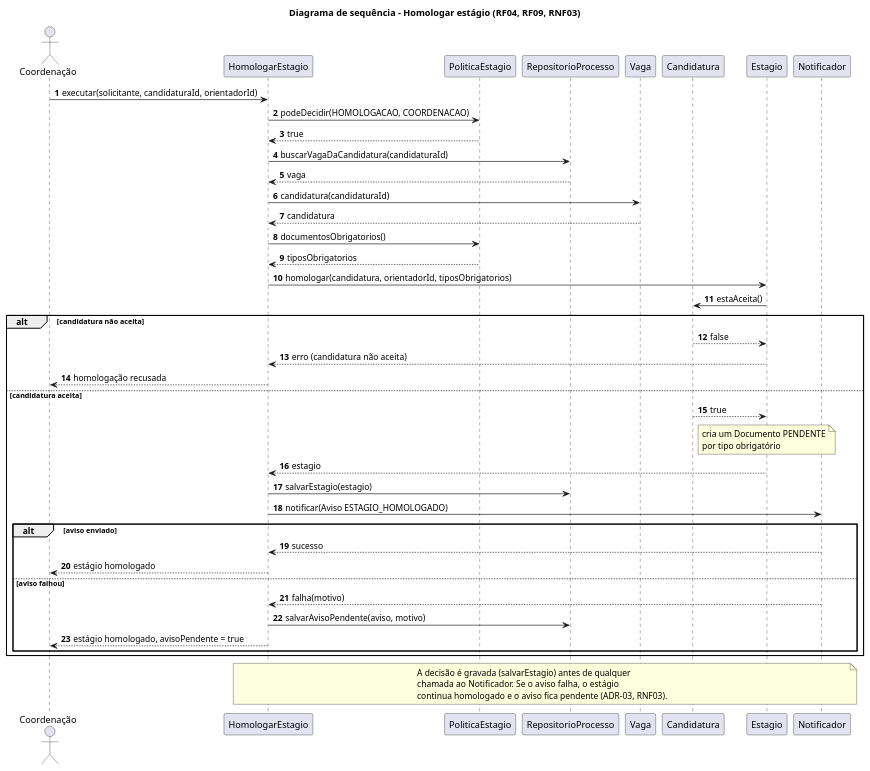
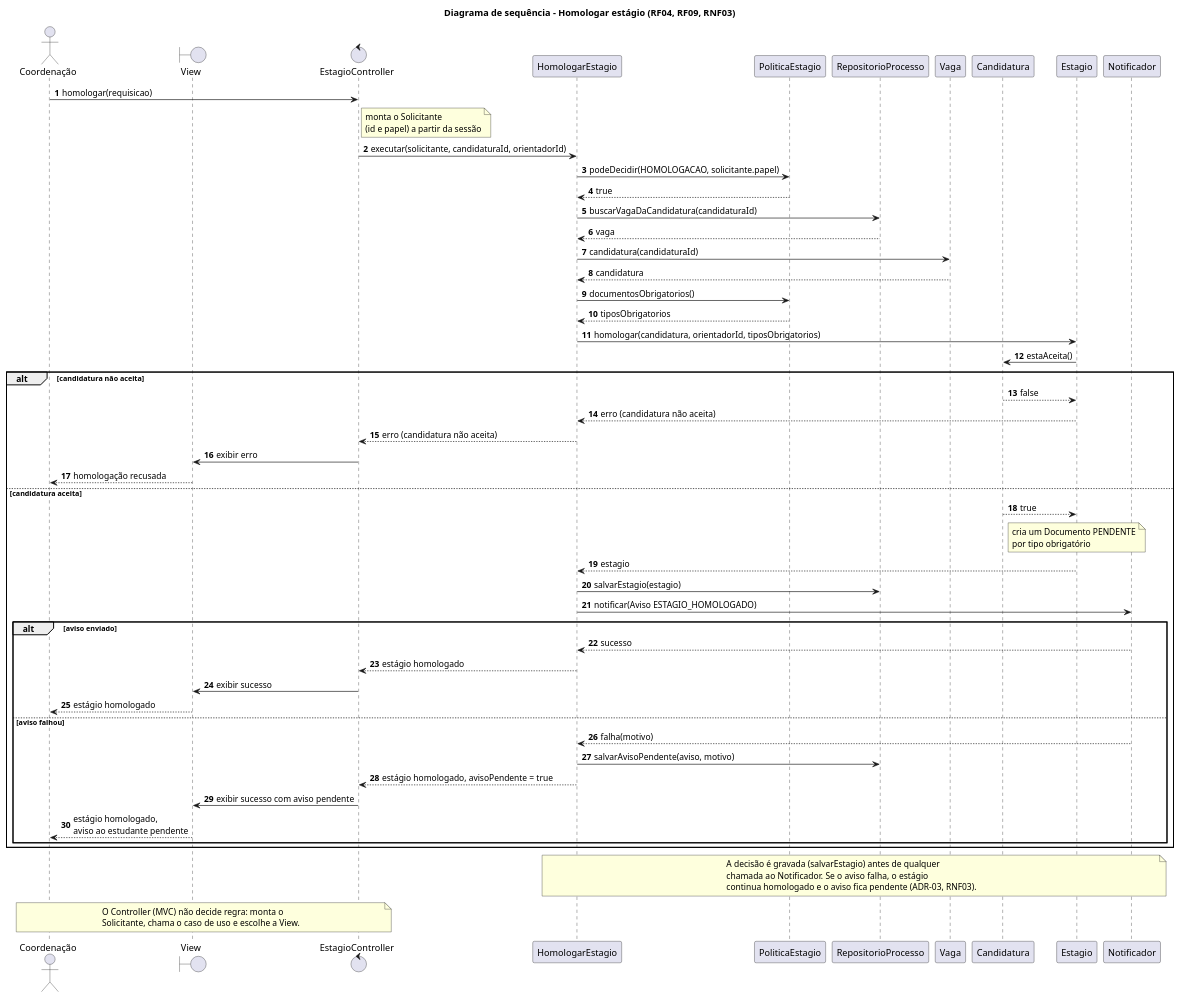
The diagram in docs/diagramas/sequencia.puml (sofiawl/SoftwareDesign), drawn with PlantUML before and after one commit. The commit also changed 2 other files, not shown here.

Commit message:
docs(uml): diagrama de sequência entra pelo Controller e sai pela View
- EstagioController monta o Solicitante e chama HomologarEstagio
- erro, sucesso e aviso pendente voltam ao ator pela View
- podeDecidir recebe solicitante.papel em vez de papel fixo
- adiciona sequencia.png renderizado

```diff
--- a/docs/diagramas/sequencia.puml
+++ b/docs/diagramas/sequencia.puml
@@ -1,51 +1,66 @@
 @startuml sequencia
 title Diagrama de sequência - Homologar estágio (RF04, RF09, RNF03)
 autonumber
 
 actor "Coordenação" as Coord
+boundary "View" as View
+control "EstagioController" as Ctrl
 participant "HomologarEstagio" as UC
 participant "PoliticaEstagio" as Pol
 participant "RepositorioProcesso" as Repo
 participant "Vaga" as Vaga
 participant "Candidatura" as Cand
 participant "Estagio" as Est
 participant "Notificador" as Not
 
-Coord -> UC : executar(solicitante, candidaturaId, orientadorId)
-UC -> Pol : podeDecidir(HOMOLOGACAO, COORDENACAO)
+Coord -> Ctrl : homologar(requisicao)
+note right of Ctrl : monta o Solicitante\n(id e papel) a partir da sessão
+Ctrl -> UC : executar(solicitante, candidaturaId, orientadorId)
+UC -> Pol : podeDecidir(HOMOLOGACAO, solicitante.papel)
 Pol --> UC : true
 UC -> Repo : buscarVagaDaCandidatura(candidaturaId)
 Repo --> UC : vaga
 UC -> Vaga : candidatura(candidaturaId)
 Vaga --> UC : candidatura
 UC -> Pol : documentosObrigatorios()
 Pol --> UC : tiposObrigatorios
 UC -> Est : homologar(candidatura, orientadorId, tiposObrigatorios)
 Est -> Cand : estaAceita()
 
 alt candidatura não aceita
   Cand --> Est : false
   Est --> UC : erro (candidatura não aceita)
-  UC --> Coord : homologação recusada
+  UC --> Ctrl : erro (candidatura não aceita)
+  Ctrl -> View : exibir erro
+  View --> Coord : homologação recusada
 else candidatura aceita
   Cand --> Est : true
   note over Est : cria um Documento PENDENTE\npor tipo obrigatório
   Est --> UC : estagio
   UC -> Repo : salvarEstagio(estagio)
   UC -> Not : notificar(Aviso ESTAGIO_HOMOLOGADO)
   alt aviso enviado
     Not --> UC : sucesso
-    UC --> Coord : estágio homologado
+    UC --> Ctrl : estágio homologado
+    Ctrl -> View : exibir sucesso
+    View --> Coord : estágio homologado
   else aviso falhou
     Not --> UC : falha(motivo)
     UC -> Repo : salvarAvisoPendente(aviso, motivo)
-    UC --> Coord : estágio homologado, avisoPendente = true
+    UC --> Ctrl : estágio homologado, avisoPendente = true
+    Ctrl -> View : exibir sucesso com aviso pendente
+    View --> Coord : estágio homologado,\naviso ao estudante pendente
   end
 end
 
 note over UC, Not
   A decisão é gravada (salvarEstagio) antes de qualquer
   chamada ao Notificador. Se o aviso falha, o estágio
   continua homologado e o aviso fica pendente (ADR-03, RNF03).
 end note
+
+note over Coord, Ctrl
+  O Controller (MVC) não decide regra: monta o
+  Solicitante, chama o caso de uso e escolhe a View.
+end note
 @enduml
```
